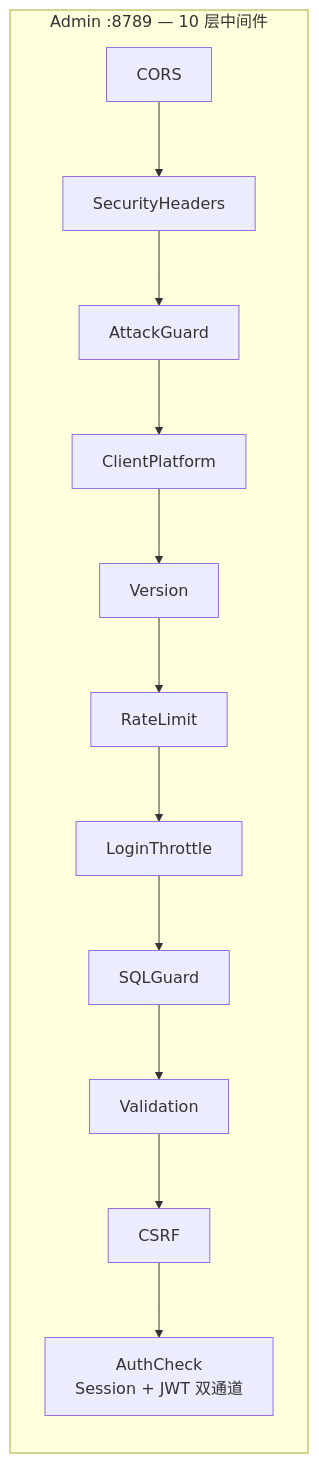
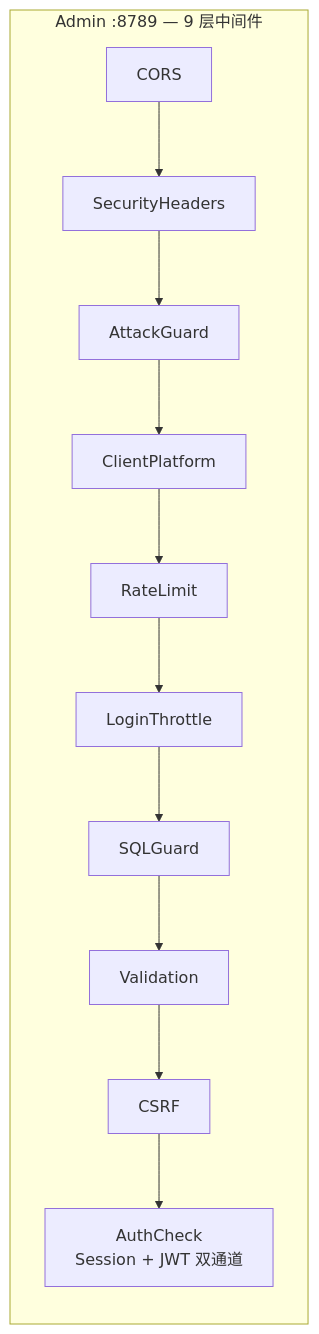
Before and after one commit to erikwang2013/ads-php: the second of 2 diagrams in docs/diagrams/security.md, drawn with Mermaid. The commit also changed other lines of this file and 92 other files, not shown here.

````diff
--- a/docs/diagrams/security.md
+++ b/docs/diagrams/security.md
@@ -65,16 +65,15 @@
 ```mermaid
 graph LR
-    subgraph AdminGate["Admin :8789 — 10 层中间件"]
+    subgraph AdminGate["Admin :8789 — 9 层中间件"]
         direction TB
         A1["CORS"] --> A2["SecurityHeaders"]
         A2 --> A3["AttackGuard"]
         A3 --> A4["ClientPlatform"]
-        A4 --> A5["Version"]
-        A5 --> A6["RateLimit"]
-        A6 --> A7["LoginThrottle"]
-        A7 --> A8["SQLGuard"]
-        A8 --> A9["Validation"]
-        A9 --> A10["CSRF"]
-        A10 --> AuthCheck["AuthCheck<br/>Session + JWT 双通道"]
+        A4 --> A5["RateLimit"]
+        A5 --> A6["LoginThrottle"]
+        A6 --> A7["SQLGuard"]
+        A7 --> A8["Validation"]
+        A8 --> A9["CSRF"]
+        A9 --> AuthCheck["AuthCheck<br/>Session + JWT 双通道"]
     end
 ```
````
